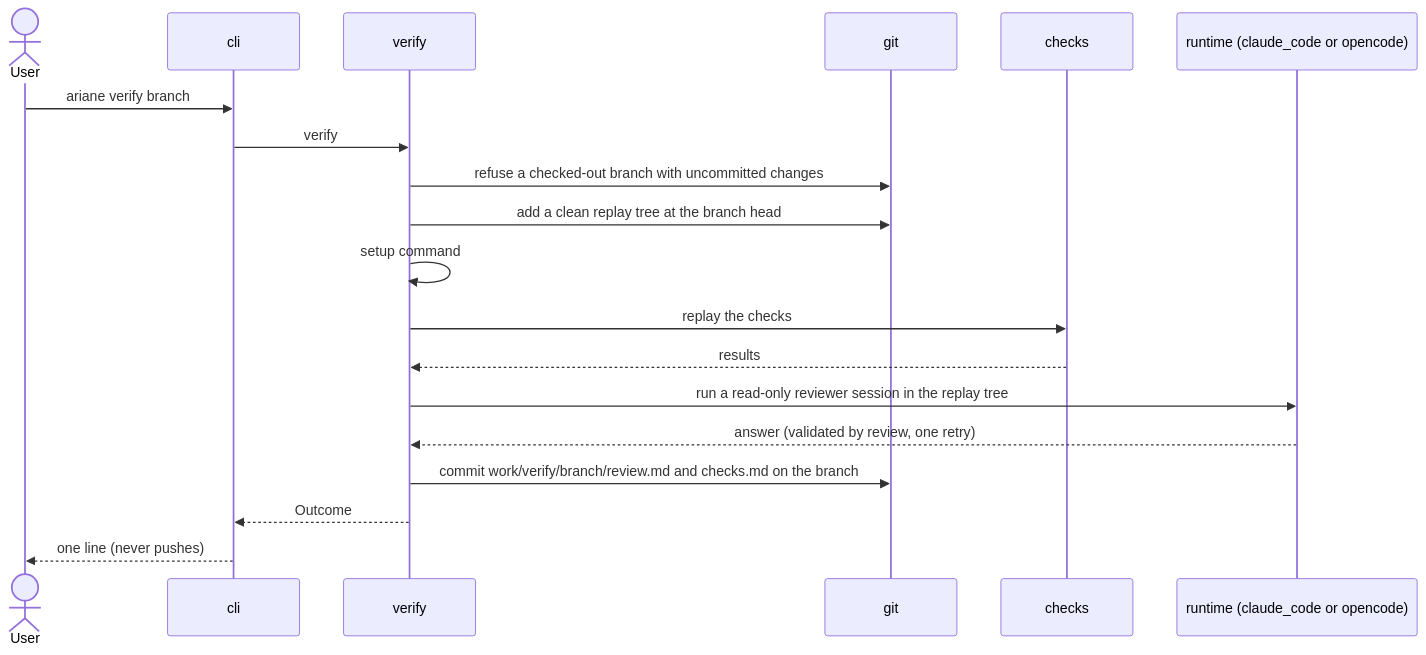
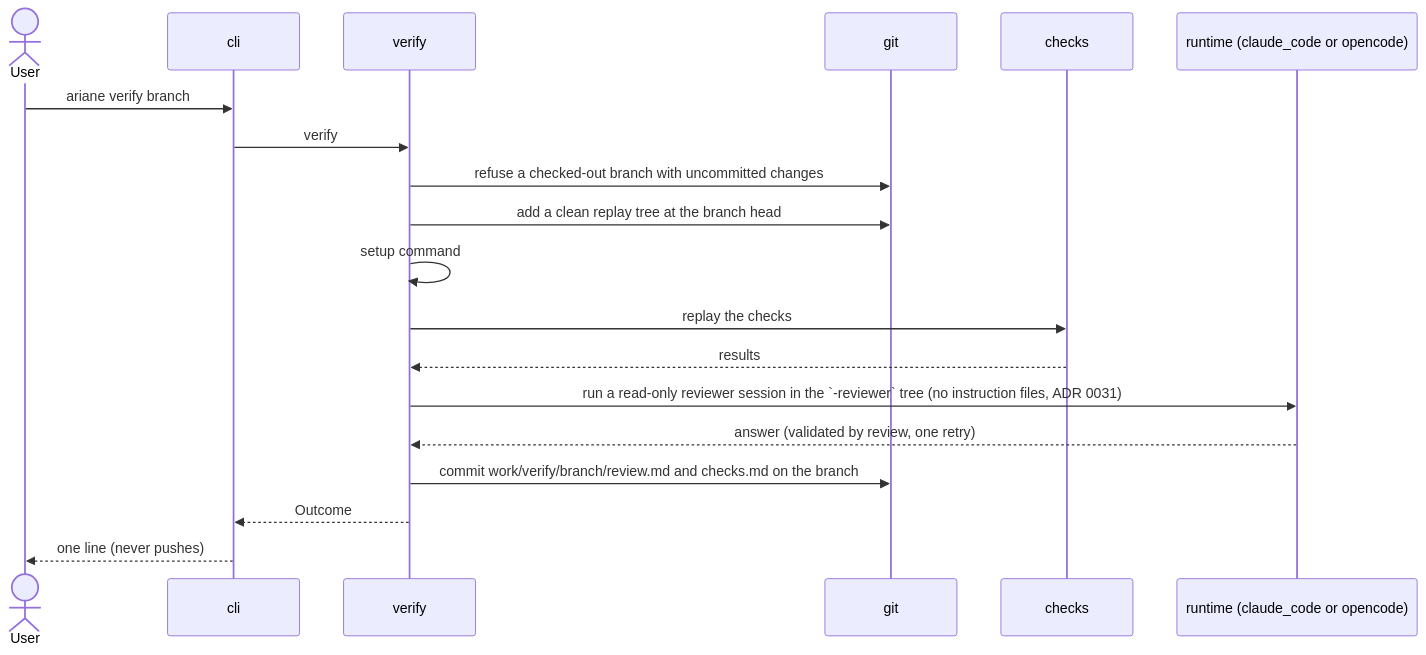
Before and after one commit to plaplanche/ariane: the third of 3 diagrams in docs/architecture/3-components.md, drawn with Mermaid. The commit also changed other lines of this file and 10 other files, not shown here.

````diff
--- a/docs/architecture/3-components.md
+++ b/docs/architecture/3-components.md
@@ -134,21 +134,21 @@
 ```mermaid
 sequenceDiagram
   actor U as User
   participant CLI as cli
   participant V as verify
   participant G as git
   participant C as checks
   participant R as runtime (claude_code or opencode)
   U->>CLI: ariane verify branch
   CLI->>V: verify
   V->>G: refuse a checked-out branch with uncommitted changes
   V->>G: add a clean replay tree at the branch head
   V->>V: setup command
   V->>C: replay the checks
   C-->>V: results
-  V->>R: run a read-only reviewer session in the replay tree
+  V->>R: run a read-only reviewer session in the `-reviewer` tree (no instruction files, ADR 0031)
   R-->>V: answer (validated by review, one retry)
   V->>G: commit work/verify/branch/review.md and checks.md on the branch
   V-->>CLI: Outcome
   CLI-->>U: one line (never pushes)
 ```
````
